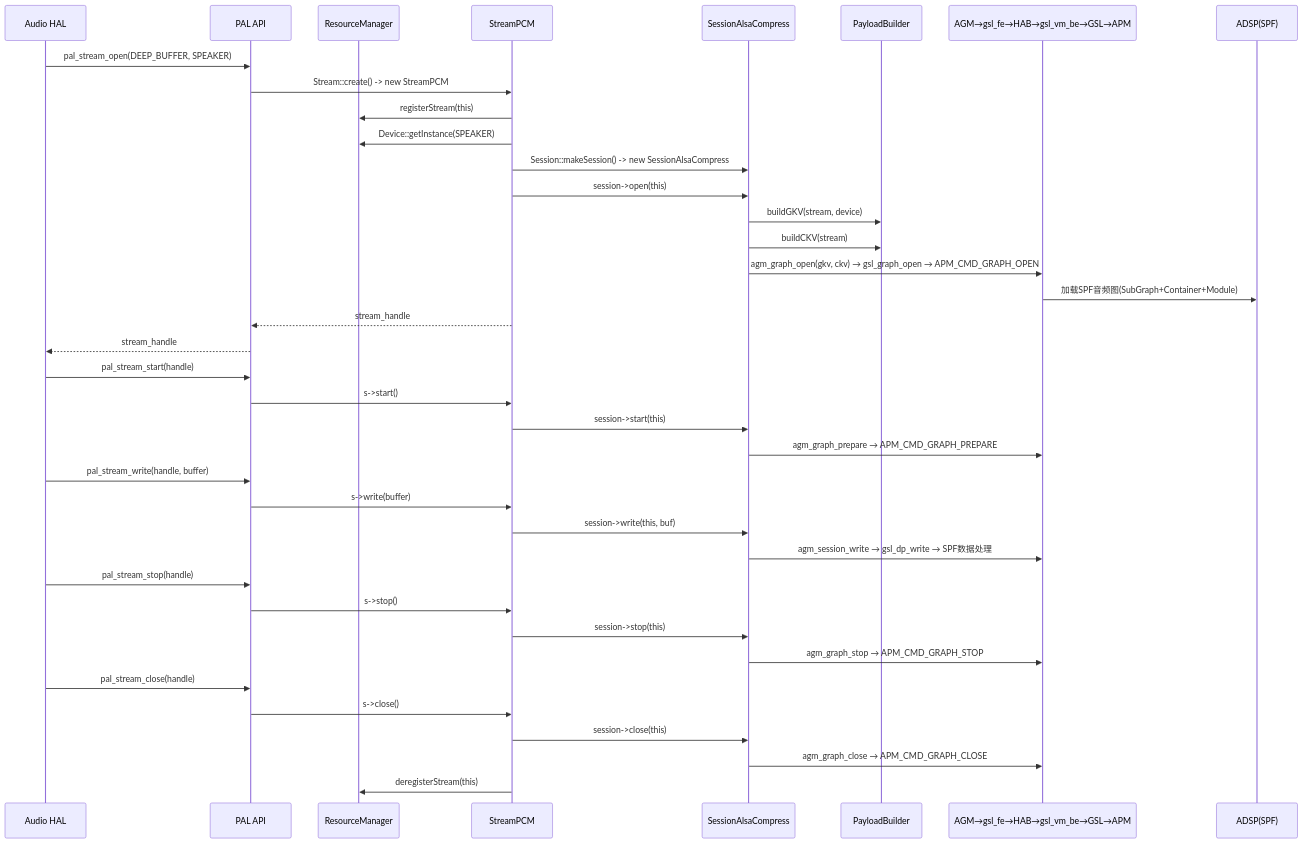
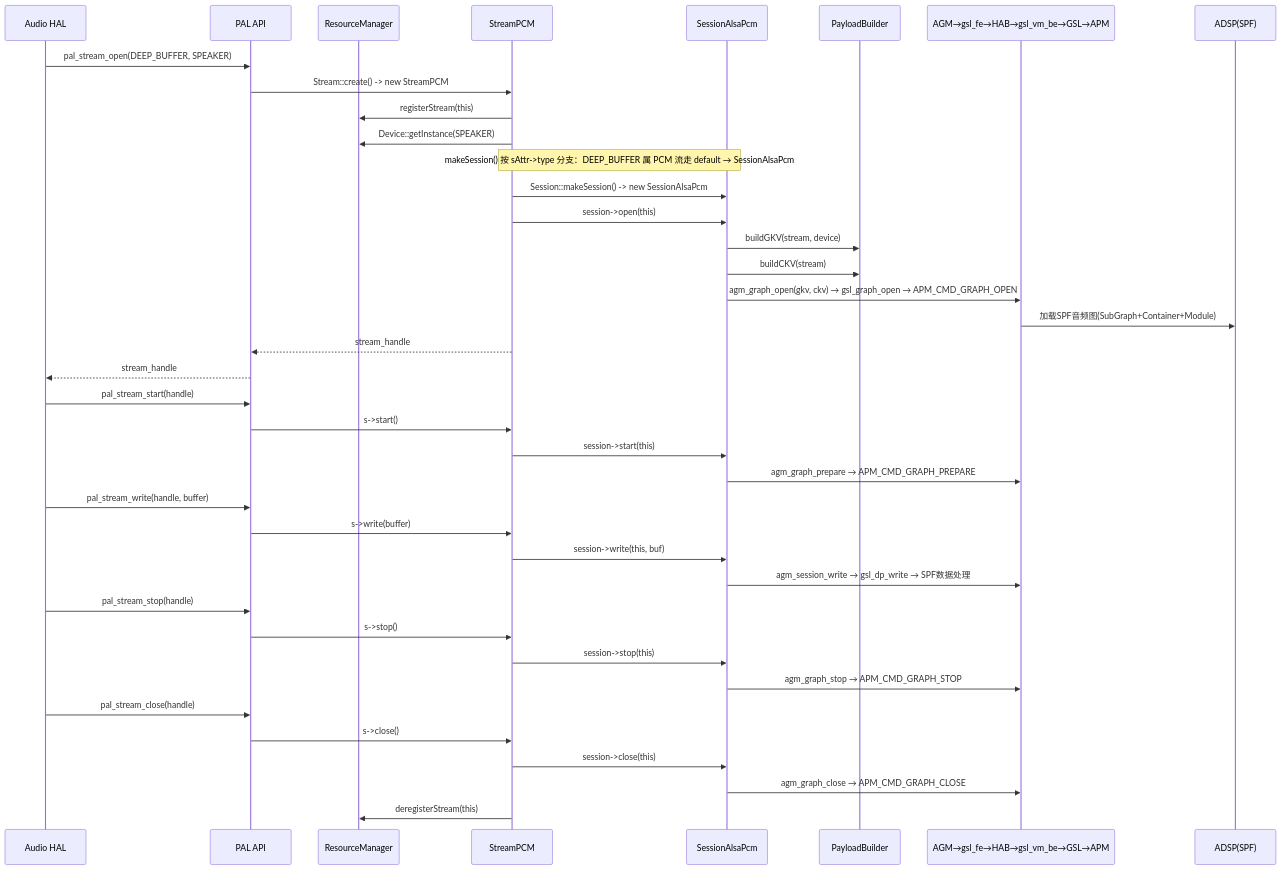
The fourth of 8 diagrams in 15_PAL_Architecture/15_15.11_编解码器插件_pluginscodecs.md (yanglinzhen1022/SA8295_AAOS_QNX_Audio_KnowledgeBase), drawn with Mermaid before and after one commit. The commit also changed other lines of this file and 3 other files, not shown here.

Commit message:
architecture

````diff
--- a/15_PAL_Architecture/15_15.11_编解码器插件_pluginscodecs.md
+++ b/15_PAL_Architecture/15_15.11_编解码器插件_pluginscodecs.md
@@ -122,45 +129,46 @@
 ```mermaid
 sequenceDiagram
     participant HAL as Audio HAL
     participant PAL as PAL API
     participant RM as ResourceManager
     participant Stream as StreamPCM
-    participant Session as SessionAlsaCompress
+    participant Session as SessionAlsaPcm
     participant PB as PayloadBuilder
     participant GSL as AGM→gsl_fe→HAB→gsl_vm_be→GSL→APM
     participant DSP as ADSP(SPF)
 
     HAL->>PAL: pal_stream_open(DEEP_BUFFER, SPEAKER)
     PAL->>Stream: Stream::create() -> new StreamPCM
     Stream->>RM: registerStream(this)
     Stream->>RM: Device::getInstance(SPEAKER)
-    Stream->>Session: Session::makeSession() -> new SessionAlsaCompress
+    Note over Stream,Session: makeSession() 按 sAttr->type 分支：DEEP_BUFFER 属 PCM 流走 default → SessionAlsaPcm
+    Stream->>Session: Session::makeSession() -> new SessionAlsaPcm
     Stream->>Session: session->open(this)
     Session->>PB: buildGKV(stream, device)
     Session->>PB: buildCKV(stream)
     Session->>GSL: agm_graph_open(gkv, ckv) → gsl_graph_open → APM_CMD_GRAPH_OPEN
     GSL->>DSP: 加载SPF音频图(SubGraph+Container+Module)
     Stream-->>PAL: stream_handle
     PAL-->>HAL: stream_handle
 
     HAL->>PAL: pal_stream_start(handle)
     PAL->>Stream: s->start()
     Stream->>Session: session->start(this)
     Session->>GSL: agm_graph_prepare → APM_CMD_GRAPH_PREPARE
 
     HAL->>PAL: pal_stream_write(handle, buffer)
     PAL->>Stream: s->write(buffer)
     Stream->>Session: session->write(this, buf)
     Session->>GSL: agm_session_write → gsl_dp_write → SPF数据处理
 
     HAL->>PAL: pal_stream_stop(handle)
     PAL->>Stream: s->stop()
     Stream->>Session: session->stop(this)
     Session->>GSL: agm_graph_stop → APM_CMD_GRAPH_STOP
 
     HAL->>PAL: pal_stream_close(handle)
     PAL->>Stream: s->close()
     Stream->>Session: session->close(this)
     Session->>GSL: agm_graph_close → APM_CMD_GRAPH_CLOSE
     Stream->>RM: deregisterStream(this)
 ```
````
